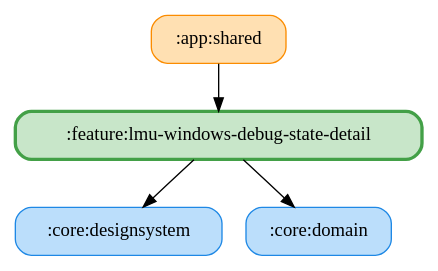
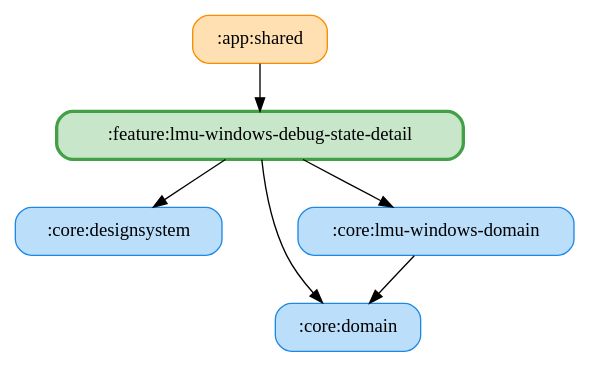
Before and after one commit to ai-kurou/KoDriver: the diagram in docs/graphs/feature-lmu-windows-debug-state-detail.gv, drawn with Graphviz. The commit also changed 46 other files, not shown here.

Commit message:
chore: update module graph images

```diff
--- a/docs/graphs/feature-lmu-windows-debug-state-detail.gv
+++ b/docs/graphs/feature-lmu-windows-debug-state-detail.gv
@@ -1,11 +1,14 @@
 digraph G {
   rankdir=TB
   node [shape=box, style="rounded,filled"]
   ":app:shared" [fillcolor="#FFE0B2", color="#FB8C00", penwidth=1]
   ":core:designsystem" [fillcolor="#BBDEFB", color="#1E88E5", penwidth=1]
   ":core:domain" [fillcolor="#BBDEFB", color="#1E88E5", penwidth=1]
+  ":core:lmu-windows-domain" [fillcolor="#BBDEFB", color="#1E88E5", penwidth=1]
   ":feature:lmu-windows-debug-state-detail" [fillcolor="#C8E6C9", color="#43A047", penwidth=2.5]
   ":app:shared" -> ":feature:lmu-windows-debug-state-detail"
+  ":core:lmu-windows-domain" -> ":core:domain"
   ":feature:lmu-windows-debug-state-detail" -> ":core:domain"
   ":feature:lmu-windows-debug-state-detail" -> ":core:designsystem"
+  ":feature:lmu-windows-debug-state-detail" -> ":core:lmu-windows-domain"
 }
```
